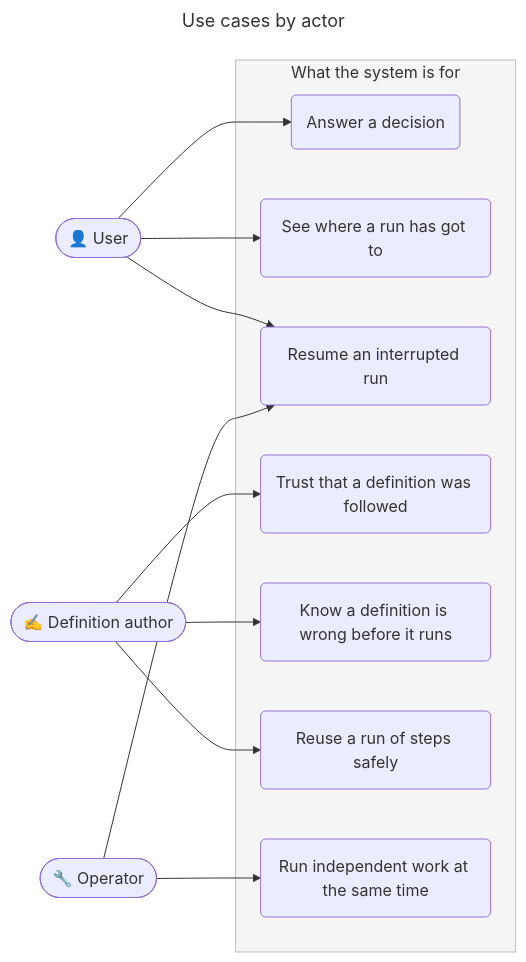
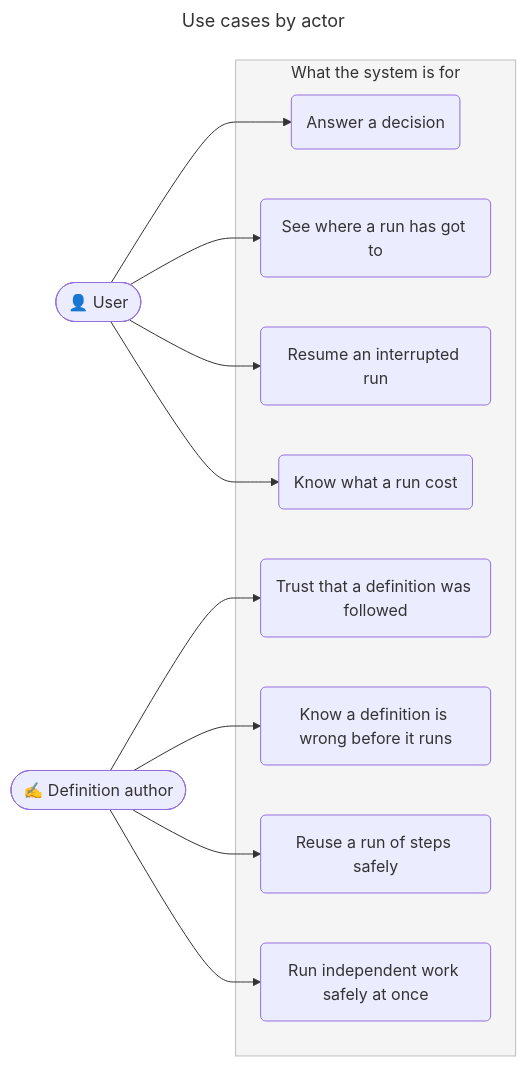
The second of 12 diagrams in artifacts/planning/2026-08-28-runner-execution-protocol/README.md (m2ux/workflow-server), drawn with Mermaid before and after one commit. The commit also changed other lines of this file, not shown here.

Commit message:
Name three actors, each defined where the proposal introduces it
The use-case diagram carried an actor the participants table did not list and
no document defined, whose stories belonged to roles that were already
present. Concurrency safety is a property of a definition and sits with the
author; resilience across a lost agent context restates the interrupted-run
story and folds into it; cost visibility sits with the person running the
work.

Leaves user, definition author and agent, each either listed among the
participants or the subject of the proposal.

````diff
--- a/artifacts/planning/2026-08-28-runner-execution-protocol/README.md
+++ b/artifacts/planning/2026-08-28-runner-execution-protocol/README.md
@@ -91,30 +91,30 @@
 ```mermaid
 ---
 title: Use cases by actor
 ---
 flowchart LR
     User([👤 User])
     Author([✍️ Definition author])
-    Operator([🔧 Operator])
 
     subgraph Cases [What the system is for]
         UC1(Answer a decision)
         UC2(See where a run has got to)
         UC3(Resume an interrupted run)
-        UC4(Trust that a definition was followed)
-        UC5(Know a definition is wrong before it runs)
-        UC6(Reuse a run of steps safely)
-        UC7(Run independent work at the same time)
+        UC4(Know what a run cost)
+        UC5(Trust that a definition was followed)
+        UC6(Know a definition is wrong before it runs)
+        UC7(Reuse a run of steps safely)
+        UC8(Run independent work safely at once)
     end
 
     User --> UC1
     User --> UC2
     User --> UC3
-    Author --> UC4
+    User --> UC4
     Author --> UC5
     Author --> UC6
-    Operator --> UC3
-    Operator --> UC7
+    Author --> UC7
+    Author --> UC8
 
     style Cases fill:#f5f5f5,stroke:#bdbdbd
 ```
````
